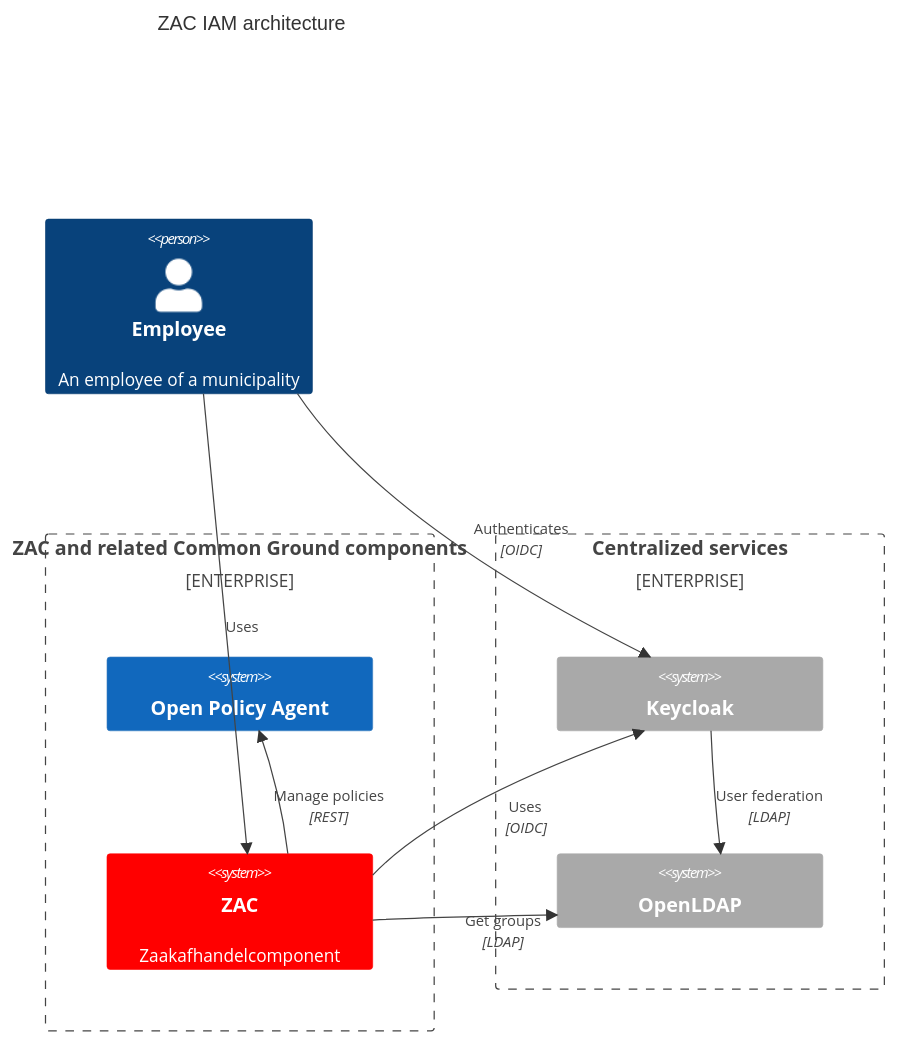
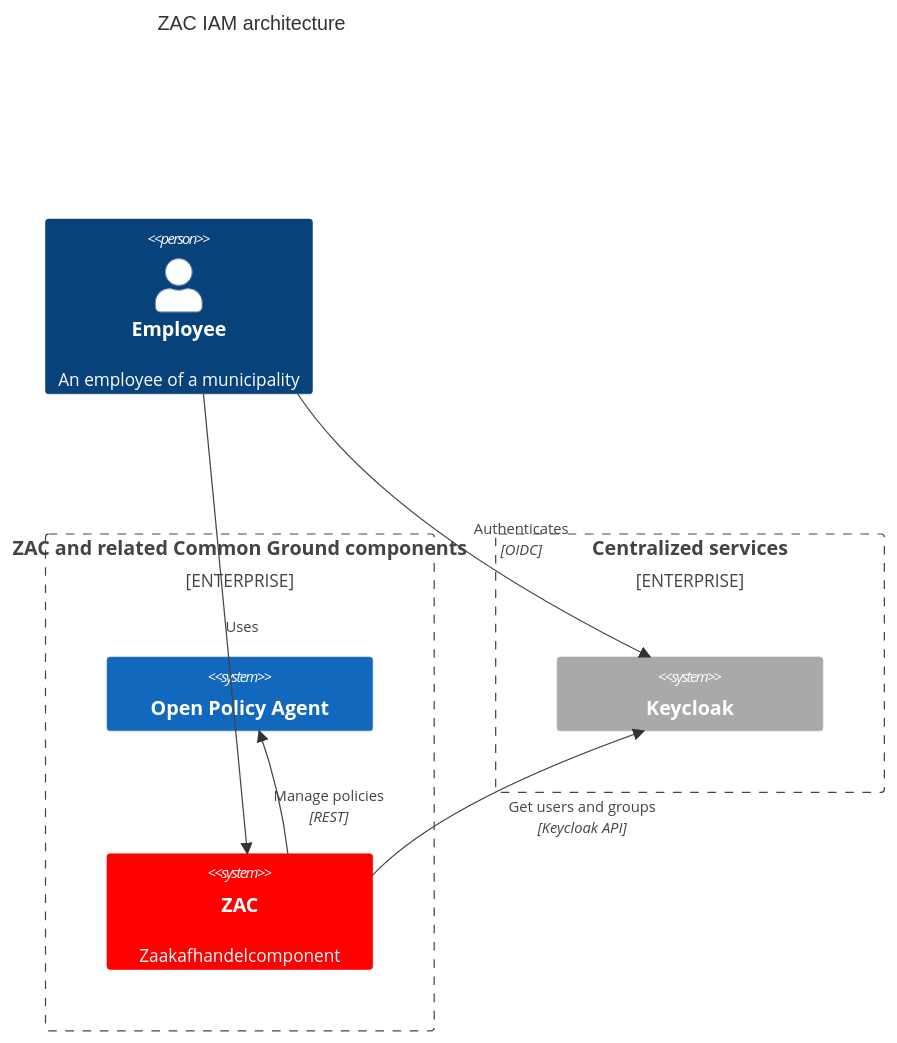
One commit to infonl/dimpact-zaakafhandelcomponent changed the diagram in docs/solution-architecture/iamArchitecture.md. Above: the diagram before and after it, drawn with Mermaid. The commit also changed other lines of this file and 18 other files, not shown here.

First line of the commit message:
feat: use Keycloak API to retrieve users and groups (#2319)

````diff
--- a/docs/solution-architecture/iamArchitecture.md
+++ b/docs/solution-architecture/iamArchitecture.md
@@ -5,29 +5,27 @@
 ```mermaid
 C4Context
     title ZAC IAM architecture
 
     Person(Employee, "Employee", "An employee of a municipality")
 
     Enterprise_Boundary(b0, "ZAC and related Common Ground components") {
         System(OPA, "Open Policy Agent")
         System(ZAC, "ZAC", "Zaakafhandelcomponent")
     }
 
     Enterprise_Boundary(b1, "Centralized services") {
         System(Keycloak, "Keycloak")
-        System(OpenLDAP, "OpenLDAP")
     }
 
     Rel(Employee, ZAC, "Uses")
     Rel(Employee, Keycloak, "Authenticates", "OIDC")
-    Rel(Keycloak, OpenLDAP, "User federation", "LDAP")
     Rel(ZAC, Keycloak, "Uses", "OIDC")
-    Rel(ZAC, OpenLDAP, "Get groups", "LDAP")
+    Rel(ZAC, Keycloak, "Get users and groups", "Keycloak API")
     Rel(ZAC, OPA, "Manage policies", "REST")
 
     UpdateElementStyle(ZAC, $bgColor="red", $borderColor="red")
     UpdateElementStyle(Keycloak, $bgColor="darkgrey", $borderColor="darkgrey")
     UpdateElementStyle(OpenLDAP, $bgColor="darkgrey", $borderColor="darkgrey")
 
     UpdateLayoutConfig($c4ShapeInRow="4", $c4BoundaryInRow="4")
 ```
````
